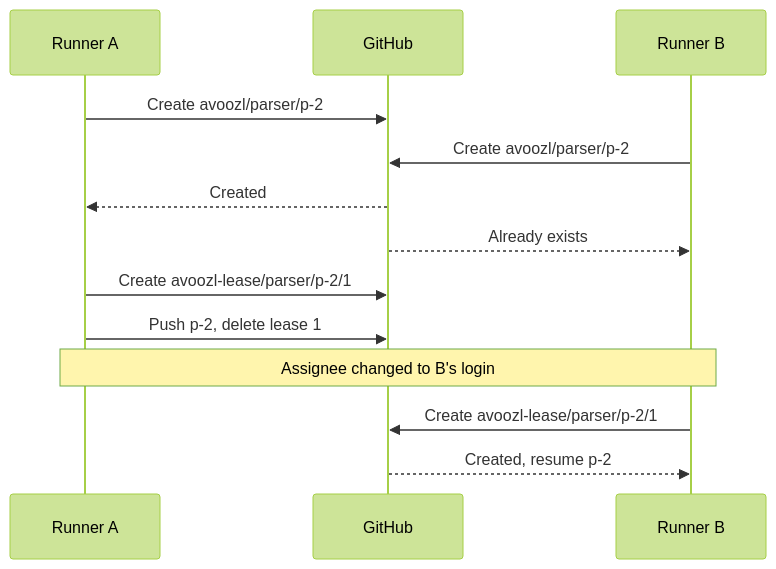
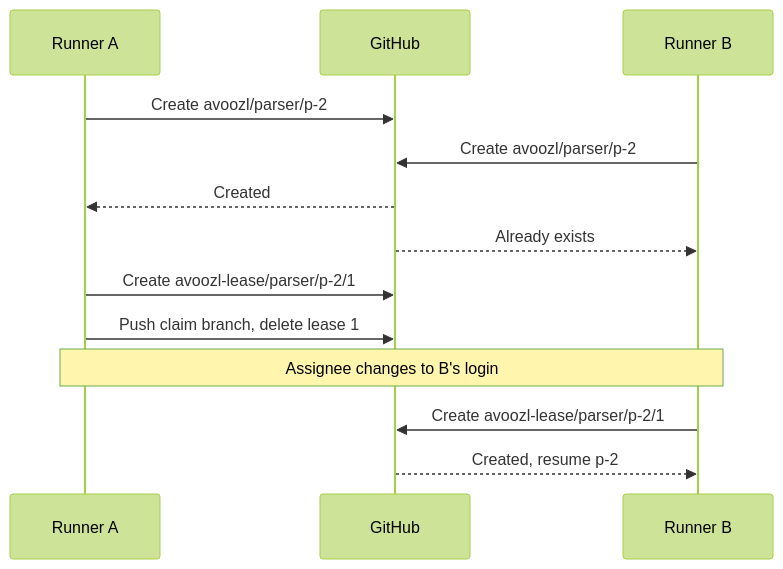
Before and after one commit to mtdowling/avoozl: the second of 2 diagrams in docs/github-workflow.md, drawn with Mermaid (forest theme). The commit also changed other lines of this file and 54 other files, not shown here.

````diff
--- a/docs/github-workflow.md
+++ b/docs/github-workflow.md
@@ -406,15 +483,15 @@
 ```mermaid
 sequenceDiagram
   participant A as Runner A
   participant G as GitHub
   participant B as Runner B
   A->>G: Create avoozl/parser/p-2
   B->>G: Create avoozl/parser/p-2
   G-->>A: Created
   G-->>B: Already exists
   A->>G: Create avoozl-lease/parser/p-2/1
-  A->>G: Push p-2, delete lease 1
-  Note over A,B: Assignee changed to B's login
+  A->>G: Push claim branch, delete lease 1
+  Note over A,B: Assignee changes to B's login
   B->>G: Create avoozl-lease/parser/p-2/1
   G-->>B: Created, resume p-2
 ```
````
